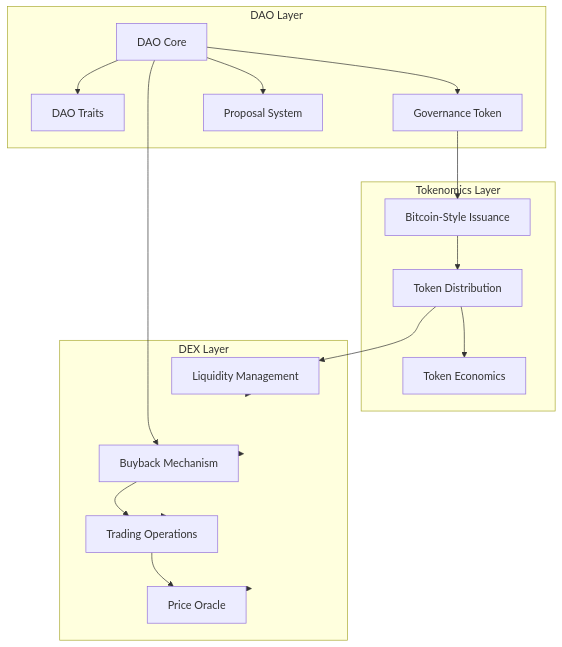
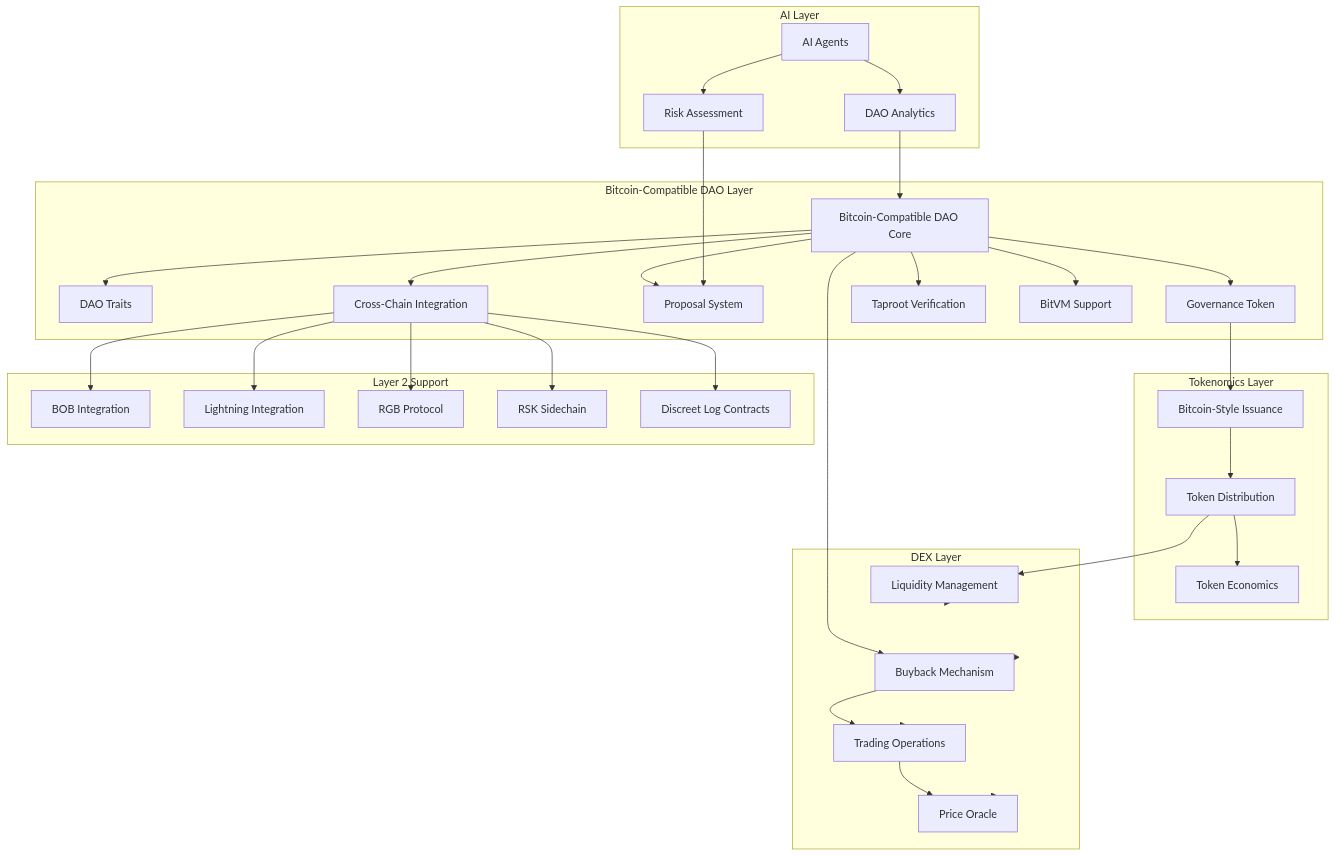
The second of 2 diagrams in SYSTEM_MAP.md (Anya-org/Anya-core), drawn with Mermaid before and after one commit. The commit also changed other lines of this file and 3 other files, not shown here.

````diff
--- a/SYSTEM_MAP.md
+++ b/SYSTEM_MAP.md
@@ -157,41 +157,72 @@
 ```mermaid
 graph TB
-    subgraph DAO[DAO Layer]
-        DAOCore[DAO Core]
+    subgraph DAO[Bitcoin-Compatible DAO Layer]
+        DAOCore[Bitcoin-Compatible DAO Core]
         Traits[DAO Traits]
         Token[Governance Token]
         Proposals[Proposal System]
+        CrossChain[Cross-Chain Integration]
+        TaprootVerification[Taproot Verification]
+        BitVMSupport[BitVM Support]
     end
 
     subgraph Tokenomics[Tokenomics Layer]
         Issuance[Bitcoin-Style Issuance]
         Distribution[Token Distribution]
         Economics[Token Economics]
     end
 
     subgraph DEX[DEX Layer]
         Liquidity[Liquidity Management]
         Trading[Trading Operations]
         Oracle[Price Oracle]
         Buyback[Buyback Mechanism]
     end
 
+    subgraph Layer2[Layer 2 Support]
+        BOB[BOB Integration]
+        LN[Lightning Integration]
+        RGB[RGB Protocol]
+        RSK[RSK Sidechain]
+        DLC[Discreet Log Contracts]
+    end
+
+    subgraph AI[AI Layer]
+        AIAgent[AI Agents]
+        DAO_Metrics[DAO Analytics]
+        RiskAssessment[Risk Assessment]
+    end
+
     %% Connections
     DAOCore --> Traits
     DAOCore --> Token
     DAOCore --> Proposals
+    DAOCore --> CrossChain
+    DAOCore --> TaprootVerification
+    DAOCore --> BitVMSupport
 
     Token --> Issuance
     Issuance --> Distribution
     Distribution --> Economics
+
+    CrossChain --> BOB
+    CrossChain --> LN
+    CrossChain --> RGB
+    CrossChain --> RSK
+    CrossChain --> DLC
 
     Distribution --> Liquidity
     DAOCore --> Buyback
     Buyback --> Trading
     Trading --> Oracle
 
+    AIAgent --> DAO_Metrics
+    AIAgent --> RiskAssessment
+    DAO_Metrics --> DAOCore
+    RiskAssessment --> Proposals
+
     Liquidity --> DEX
     Trading --> DEX
     Oracle --> DEX
     Buyback --> DEX
 ```
````
